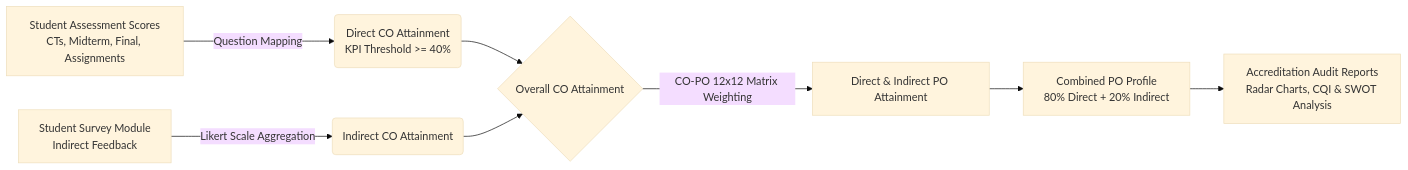
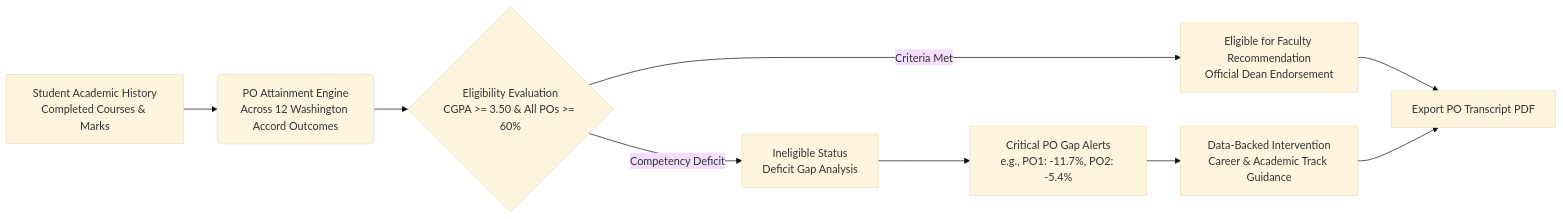
The fifth of 6 diagrams in README.md (sarkarjoy86/Student-Outcome-Analyzer), drawn with Mermaid (base theme) before and after one commit. The commit also changed other lines of this file and 1 other file, not shown here.

Commit message:
Comprehensive Capstone documentation overhaul: Teacher Workspaces, AI Suite, Reports, PO Recommendation, Admin Panel, and Proprietary License

````diff
--- a/README.md
+++ b/README.md
@@ -147,10 +291,11 @@
 ```mermaid
 flowchart LR
-    A[Student Assessment Scores\nCTs, Midterm, Final, Assignments] -->|Question Mapping| B(Direct CO Attainment\nKPI Threshold >= 40%)
-    C[Student Survey Module\nIndirect Feedback] -->|Likert Scale Aggregation| D(Indirect CO Attainment)
-    B --> E{Overall CO Attainment}
-    D --> E
-    E -->|CO-PO 12x12 Matrix Weighting| F[Direct & Indirect PO Attainment]
-    F --> G[Combined PO Profile\n80% Direct + 20% Indirect]
-    G --> H[Accreditation Audit Reports\nRadar Charts, CQI & SWOT Analysis]
+    A[Student Academic History\nCompleted Courses & Marks] --> B(PO Attainment Engine\nAcross 12 Washington Accord Outcomes)
+    B --> C{Eligibility Evaluation\nCGPA >= 3.50 & All POs >= 60%}
+    C -->|Criteria Met| D[Eligible for Faculty Recommendation\nOfficial Dean Endorsement]
+    C -->|Competency Deficit| E[Ineligible Status\nDeficit Gap Analysis]
+    E --> F[Critical PO Gap Alerts\ne.g., PO1: -11.7%, PO2: -5.4%]
+    F --> G[Data-Backed Intervention\nCareer & Academic Track Guidance]
+    D --> H[Export PO Transcript PDF]
+    G --> H
 ```
````
